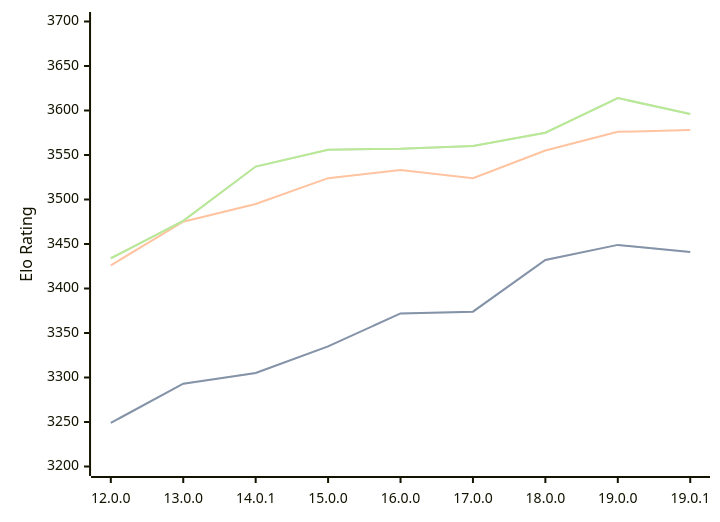
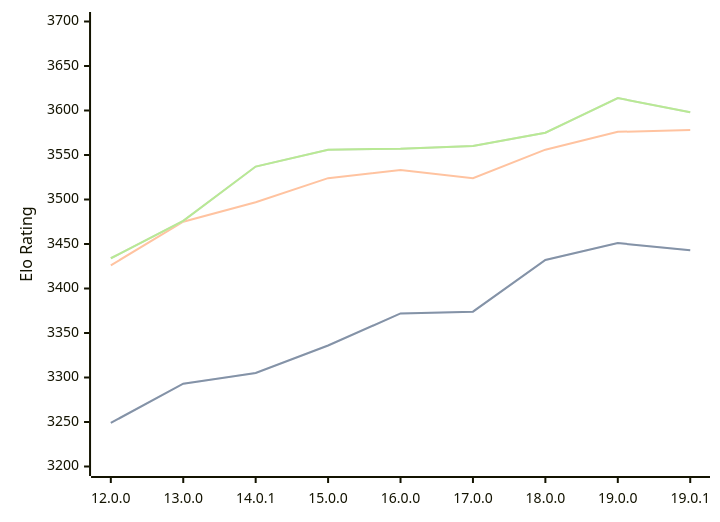
One commit to computer-chess-index/cci changed the diagram in engines/Viridithas.md. Above: the diagram before and after it, drawn with Mermaid. The commit also changed other lines of this file, not shown here.

Commit message:
Update CCI Ratings (ELO VLTC) - 2026-03-02

````diff
--- a/engines/Viridithas.md
+++ b/engines/Viridithas.md
@@ -61,11 +61,11 @@
 ```mermaid
 %%{init: {"theme":"base","themeVariables":{"seriesColors:['#a3a3a3','#222221','#faa371']}}}%%
 xychart-beta
   x-axis ["12.0.0", "13.0.0", "14.0.1", "15.0.0", "16.0.0", "17.0.0", "18.0.0", "19.0.0", "19.0.1"]
   y-axis "Elo Rating" 3200 --> 3700
-  line "STC (8.0+0.08s)" [3249, 3293, 3305, 3335, 3372, 3374, 3432, 3449, 3441]
-  line "STC (8.0+0.08s)" [3249, 3293, 3305, 3335, 3372, 3374, 3432, 3449, 3441]
-  line "LTC (60.0+0.60s)" [3426, 3475, 3495, 3524, 3533, 3524, 3555, 3576, 3578]
-  line "VLTC (2m24s+1.12s)" [3434, 3476, 3537, 3556, 3557, 3560, 3575, 3614, 3596]
-  line "VLTC (2m24s+1.12s)" [3434, 3476, 3537, 3556, 3557, 3560, 3575, 3614, 3596]
+  line "STC (8.0+0.08s)" [3249, 3293, 3305, 3336, 3372, 3374, 3432, 3451, 3443]
+  line "STC (8.0+0.08s)" [3249, 3293, 3305, 3336, 3372, 3374, 3432, 3451, 3443]
+  line "LTC (60.0+0.60s)" [3426, 3475, 3497, 3524, 3533, 3524, 3556, 3576, 3578]
+  line "VLTC (2m24s+1.12s)" [3434, 3476, 3537, 3556, 3557, 3560, 3575, 3614, 3598]
+  line "VLTC (2m24s+1.12s)" [3434, 3476, 3537, 3556, 3557, 3560, 3575, 3614, 3598]
 ```
````
